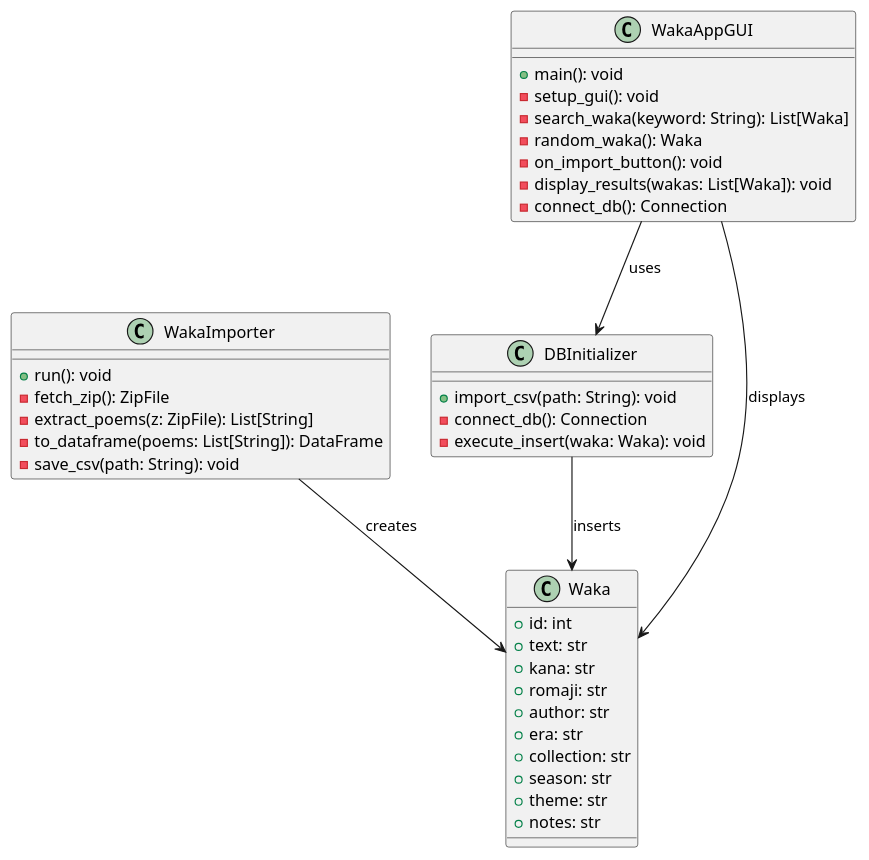
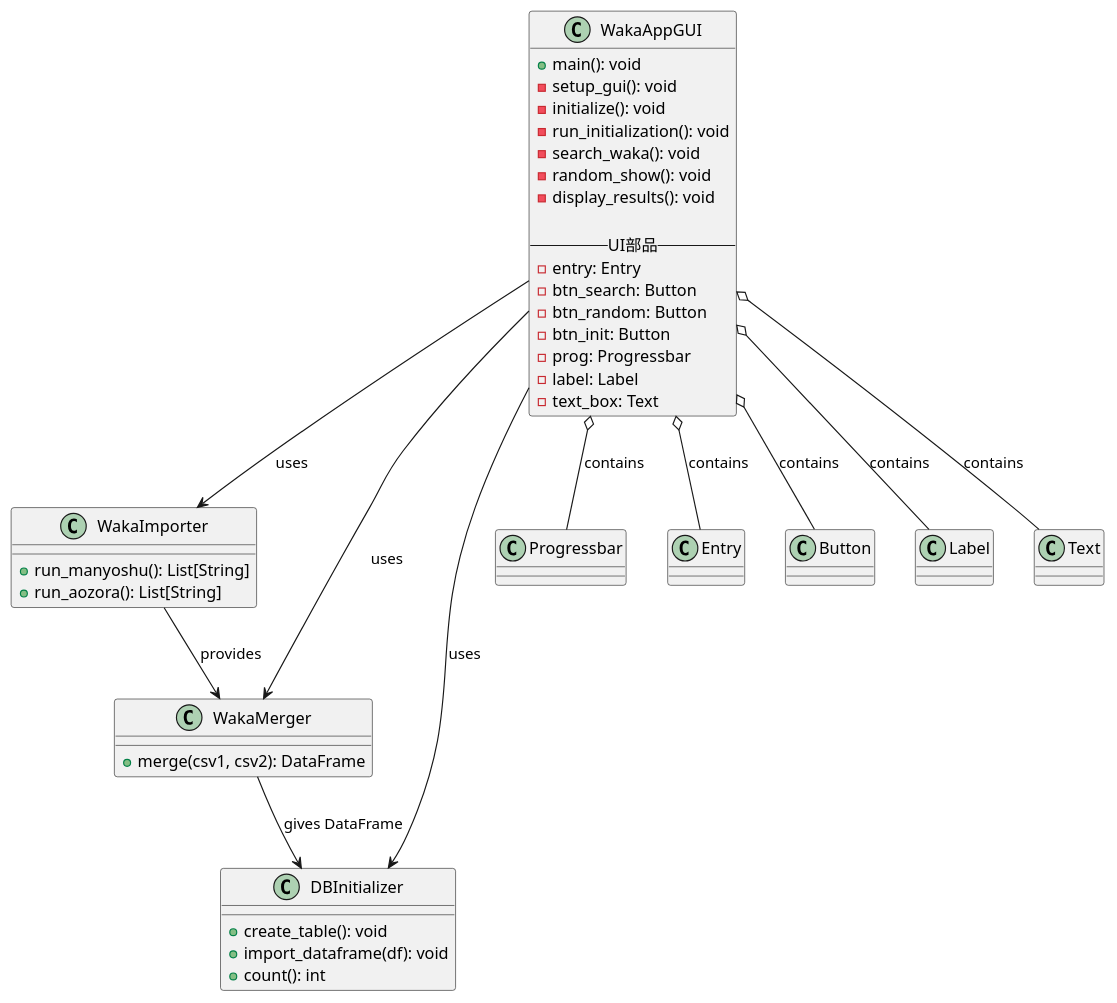
Before and after one commit to ruha321/-: the second of 2 diagrams in README.md, drawn with PlantUML.

Commit message:
README.md を更新

````diff
--- a/README.md
+++ b/README.md
@@ -116,45 +116,48 @@
 ```plantuml
 @startuml
 class WakaImporter {
-    +run(): void
-    -fetch_zip(): ZipFile
-    -extract_poems(z: ZipFile): List[String]
-    -to_dataframe(poems: List[String]): DataFrame
-    -save_csv(path: String): void
+    +run_manyoshu(): List[String]
+    +run_aozora(): List[String]
+}
+
+class WakaMerger {
+    +merge(csv1, csv2): DataFrame
 }
 
 class DBInitializer {
-    +import_csv(path: String): void
-    -connect_db(): Connection
-    -execute_insert(waka: Waka): void
+    +create_table(): void
+    +import_dataframe(df): void
+    +count(): int
 }
 
 class WakaAppGUI {
     +main(): void
     -setup_gui(): void
-    -search_waka(keyword: String): List[Waka]
-    -random_waka(): Waka
-    -on_import_button(): void
-    -display_results(wakas: List[Waka]): void
-    -connect_db(): Connection
+    -initialize(): void
+    -run_initialization(): void
+    -search_waka(): void
+    -random_show(): void
+    -display_results(): void
+
+    -- UI部品 --
+    -entry: Entry
+    -btn_search: Button
+    -btn_random: Button
+    -btn_init: Button
+    -prog: Progressbar
+    -label: Label
+    -text_box: Text
 }
 
-class Waka {
-    +id: int
-    +text: str
-    +kana: str
-    +romaji: str
-    +author: str
-    +era: str
-    +collection: str
-    +season: str
-    +theme: str
-    +notes: str
-}
-
-WakaImporter --> Waka : creates
-DBInitializer --> Waka : inserts
+WakaImporter --> WakaMerger : provides
+WakaMerger --> DBInitializer : gives DataFrame
+WakaAppGUI --> WakaImporter : uses
+WakaAppGUI --> WakaMerger : uses
 WakaAppGUI --> DBInitializer : uses
-WakaAppGUI --> Waka : displays
+WakaAppGUI o-- Progressbar : contains
+WakaAppGUI o-- Entry : contains
+WakaAppGUI o-- Button : contains
+WakaAppGUI o-- Label : contains
+WakaAppGUI o-- Text : contains
 @enduml
 ```
````
